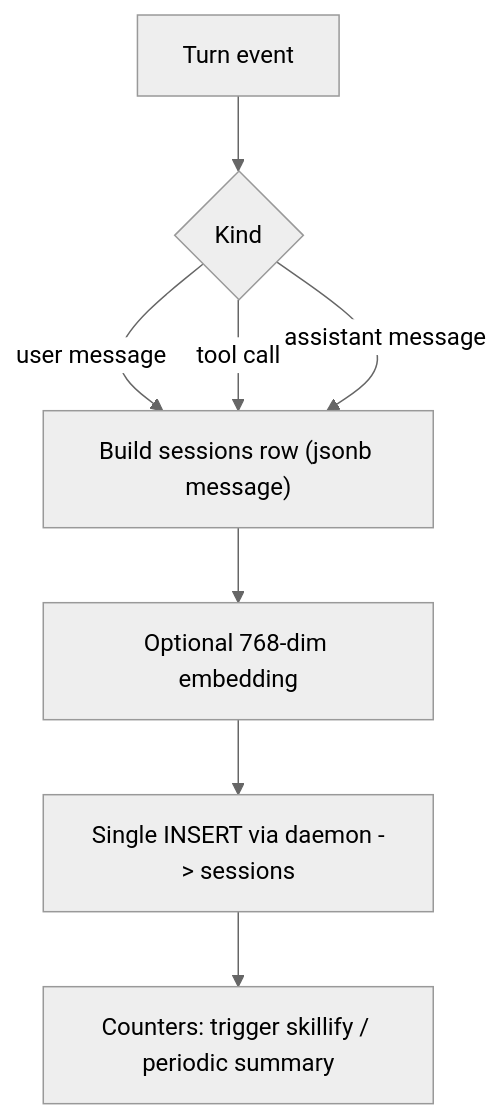
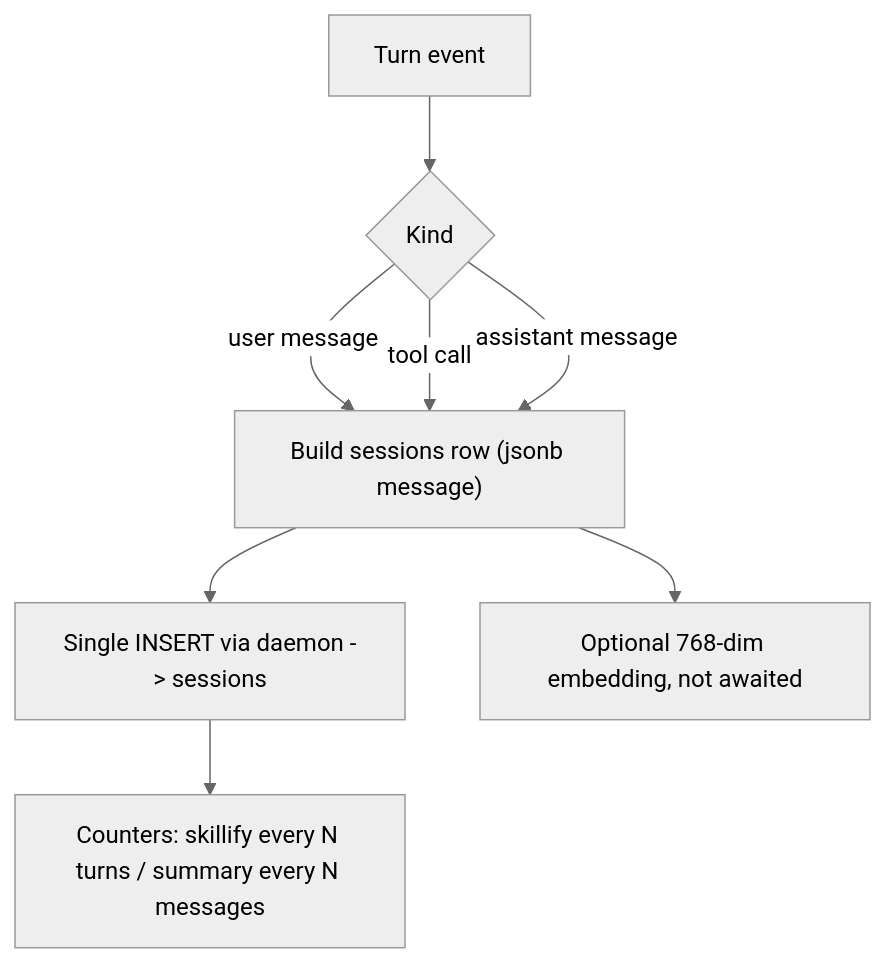
Before and after one commit to legioncodeinc/honeycomb: the diagram in library/knowledge/private/ai/session-capture.md, drawn with Mermaid (neutral theme). The commit also changed other lines of this file and 257 other files, not shown here.

````diff
--- a/library/knowledge/private/ai/session-capture.md
+++ b/library/knowledge/private/ai/session-capture.md
@@ -39,10 +39,10 @@
 ```mermaid
 flowchart TD
     event["Turn event"] --> kind{"Kind"}
     kind -->|user message| row["Build sessions row (jsonb message)"]
     kind -->|tool call| row
     kind -->|assistant message| row
-    row --> embed["Optional 768-dim embedding"]
-    embed --> insert["Single INSERT via daemon -> sessions"]
-    insert --> triggers["Counters: trigger skillify / periodic summary"]
+    row --> insert["Single INSERT via daemon -> sessions"]
+    row --> embed["Optional 768-dim embedding, not awaited"]
+    insert --> triggers["Counters: skillify every N turns / summary every N messages"]
 ```
````
